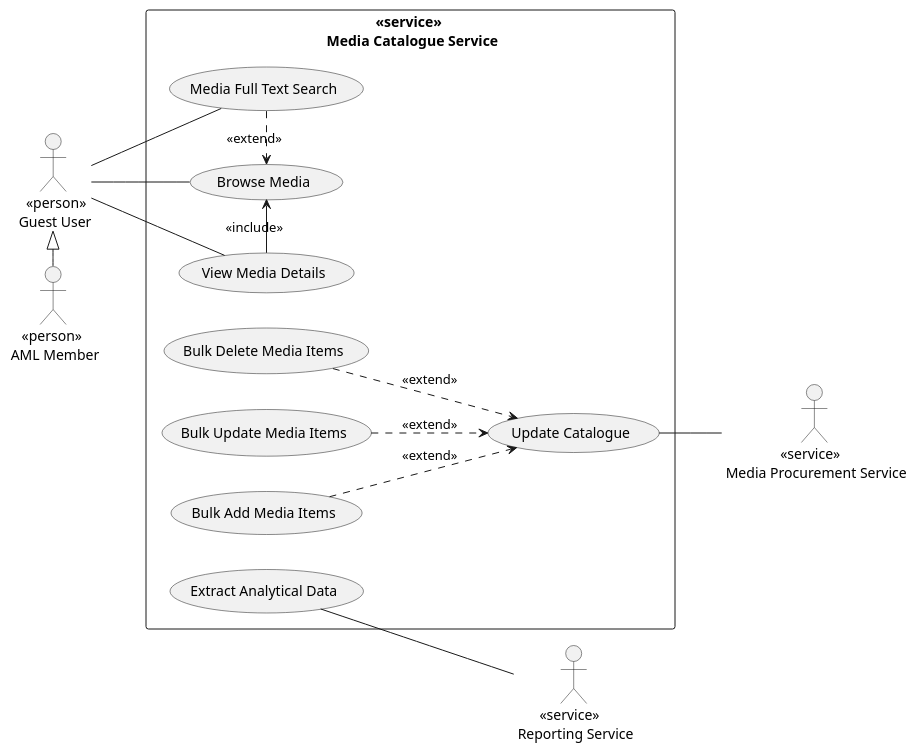
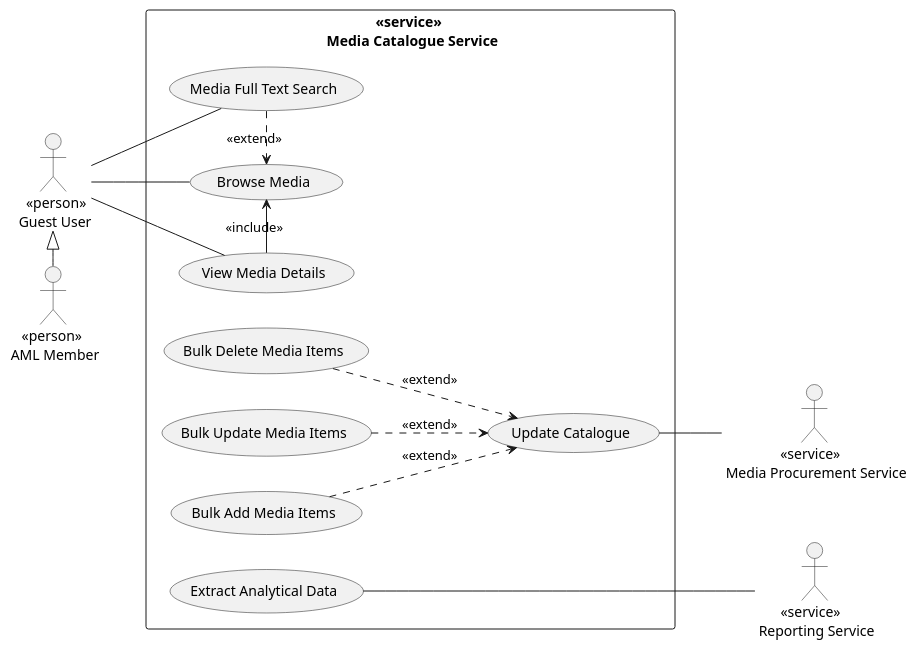
Before and after one commit to Nox-iv/group-11: the diagram in documentation/use-cases/media-catalogue.puml, drawn with PlantUML.

Commit message:
Layout modifications.

```diff
--- a/documentation/use-cases/media-catalogue.puml
+++ b/documentation/use-cases/media-catalogue.puml
@@ -1,36 +1,36 @@
 @startuml media-catalogue
 
 left to right direction
 
 rectangle "<<service>> \n Media Catalogue Service" {
     (Browse Media) as browse_media
     (Media Full Text Search) as search_media
     (View Media Details) as view_media
     (Update Catalogue) as update_catalogue
     (Bulk Add Media Items) as bulk_add
     (Bulk Update Media Items) as bulk_update
     (Bulk Delete Media Items) as bulk_delete
     (Extract Analytical Data) as export_data
 }
 
 :   <<person>> \n Guest User: as guest_user
 :    <<person>> \n AML Member: as aml_member
 :                <<service>> \n Media Procurement Service: as media_procurement_service
 :       <<service>> \n Reporting Service: as reporting_service
 
 guest_user <|-r-- aml_member
 
 browse_media <.l. search_media: <<extend>>
 browse_media <-l- view_media: <<include>>
 update_catalogue <.u. bulk_add: <<extend>>
 update_catalogue <.u. bulk_update: <<extend>>
 update_catalogue <.u. bulk_delete: <<extend>>
 
 guest_user -- browse_media
 guest_user -- search_media
 guest_user -- view_media
 
 update_catalogue -d- media_procurement_service
-export_data -d- reporting_service
+export_data -d-- reporting_service
 
 @enduml
```
